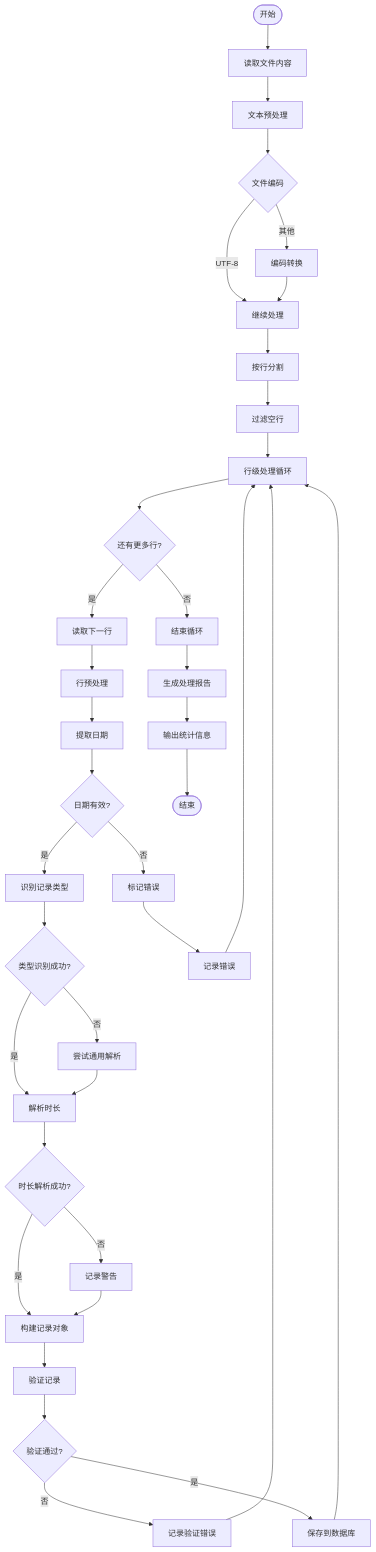
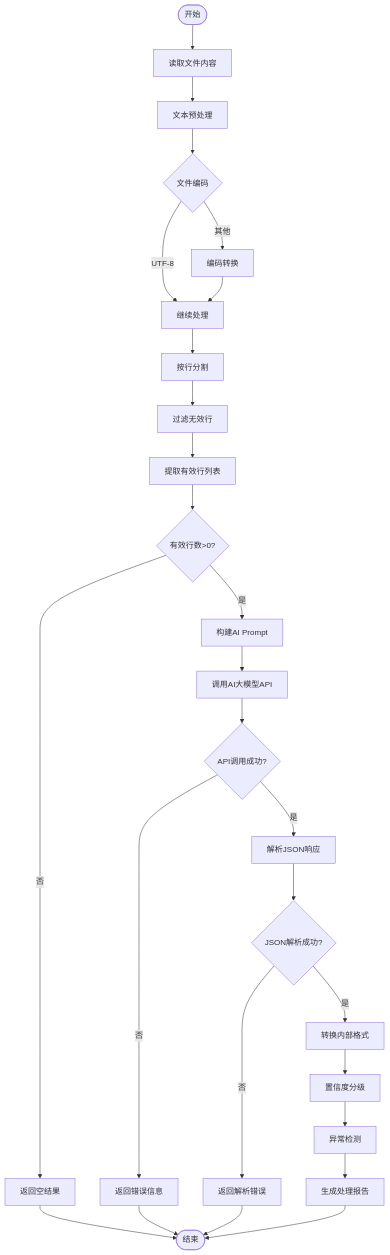
The first of 4 diagrams in docs/03-data-parsing-strategy.md (liushuo-rance/cal_worktree_test), drawn with Mermaid before and after one commit. The commit also changed other lines of this file and 71 other files, not shown here.

````diff
--- a/docs/03-data-parsing-strategy.md
+++ b/docs/03-data-parsing-strategy.md
@@ -37,50 +61,36 @@
 ```mermaid
 flowchart TD
     Start([开始]) --> A[读取文件内容]
     A --> B[文本预处理]
 
     B --> C{文件编码}
     C -->|UTF-8| D[继续处理]
     C -->|其他| E[编码转换]
     E --> D
 
     D --> F[按行分割]
-    F --> G[过滤空行]
-    G --> H[行级处理循环]
+    F --> G[过滤无效行]
+    G --> H[提取有效行列表]
 
-    H --> I{还有更多行?}
-    I -->|是| J[读取下一行]
-    I -->|否| EndLoop[结束循环]
+    H --> I{有效行数>0?}
+    I -->|否| J[返回空结果]
+    I -->|是| K[构建AI Prompt]
 
-    J --> K[行预处理]
-    K --> L[提取日期]
-    L --> M{日期有效?}
-    M -->|否| N[标记错误]
-    M -->|是| O[识别记录类型]
+    K --> L[调用AI大模型API]
+    L --> M{API调用成功?}
+    M -->|否| N[返回错误信息]
+    M -->|是| O[解析JSON响应]
 
-    O --> P{类型识别成功?}
-    P -->|否| Q[尝试通用解析]
-    P -->|是| R[解析时长]
+    O --> P{JSON解析成功?}
+    P -->|否| Q[返回解析错误]
+    P -->|是| R[转换内部格式]
 
-    Q --> R
+    R --> S[置信度分级]
+    S --> T[异常检测]
+    T --> U[生成处理报告]
+    U --> End([结束])
 
-    R --> S{时长解析成功?}
-    S -->|否| T[记录警告]
-    S -->|是| U[构建记录对象]
-
-    N --> V[记录错误]
-    T --> U
-    U --> W[验证记录]
-
-    W --> X{验证通过?}
-    X -->|否| Y[记录验证错误]
-    X -->|是| Z[保存到数据库]
-
-    Y --> H
-    Z --> H
-    V --> H
-
-    EndLoop --> AA[生成处理报告]
-    AA --> BB[输出统计信息]
-    BB --> End([结束])
+    J --> End
+    N --> End
+    Q --> End
 ```
````
